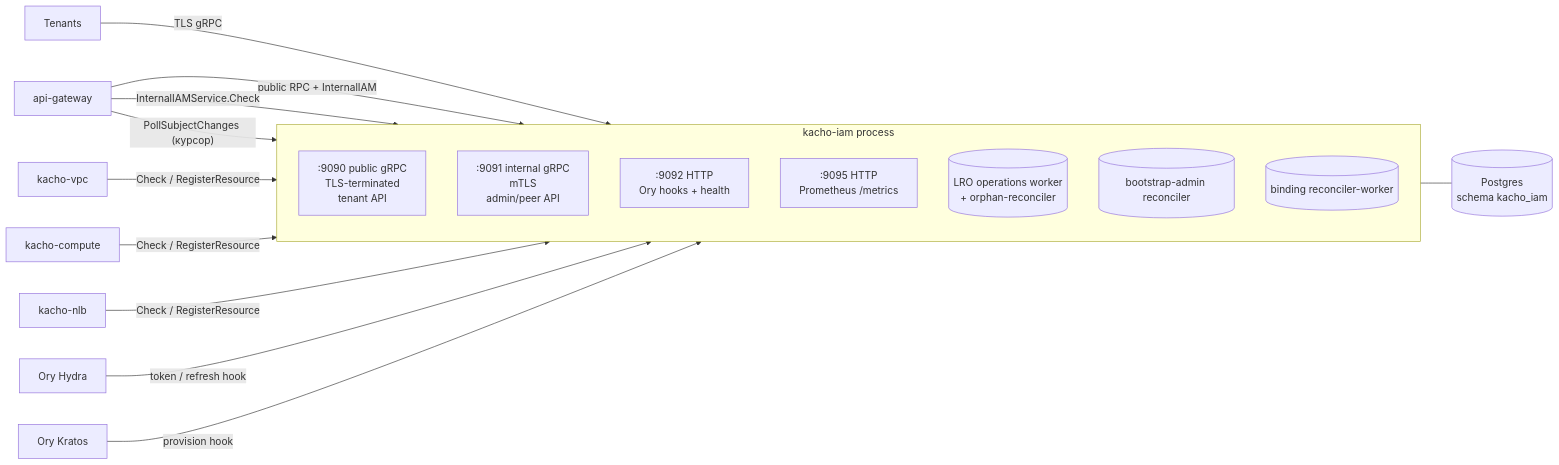
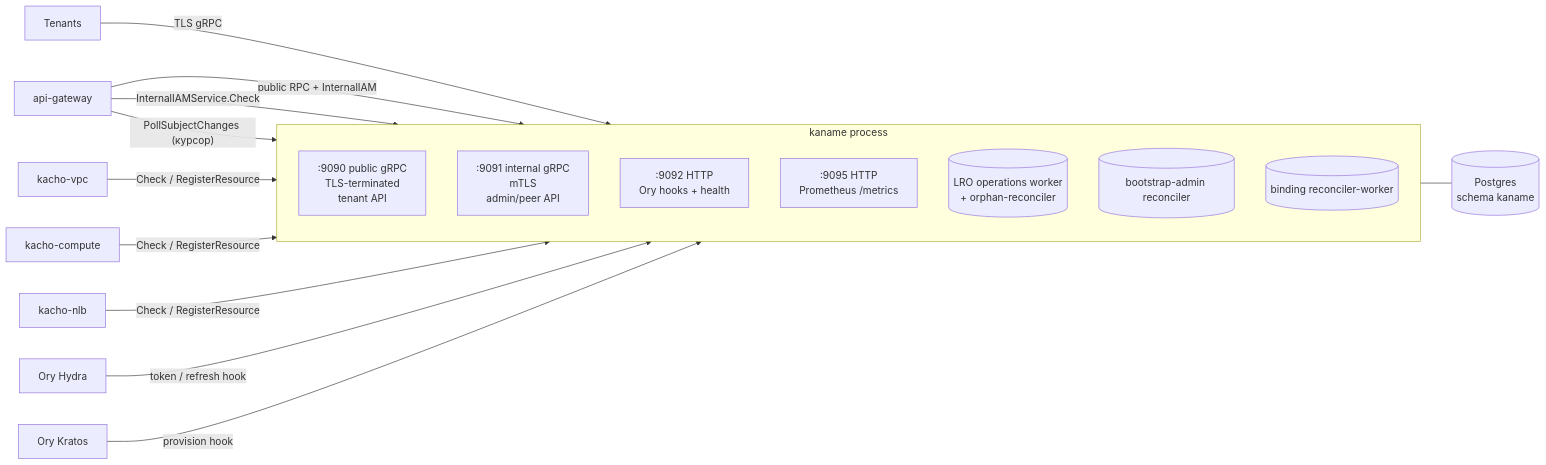
The first of 3 diagrams in services/iam/docs/engineering/components/00-overview.md (PRO-Robotech/kacho), drawn with Mermaid before and after one commit. The commit also changed other lines of this file and 5005 other files, not shown here.

````diff
--- a/services/iam/docs/engineering/components/00-overview.md
+++ b/services/iam/docs/engineering/components/00-overview.md
@@ -73,27 +73,27 @@
 ```mermaid
 flowchart LR
-    subgraph iam[kacho-iam process]
+    subgraph iam[kaname process]
         direction TB
         gRPCpub[":9090 public gRPC<br/>TLS-terminated<br/>tenant API"]
         gRPCint[":9091 internal gRPC<br/>mTLS<br/>admin/peer API"]
         hooks[":9092 HTTP<br/>Ory hooks + health"]
         metrics[":9095 HTTP<br/>Prometheus /metrics"]
 
         lro[(LRO operations worker<br/>+ orphan-reconciler)]
         bootDr[(bootstrap-admin reconciler)]
         rsab[(binding reconciler-worker)]
     end
 
     Tenants -- TLS gRPC --> gRPCpub
     APIGW[api-gateway] -- public RPC + InternalIAM --> gRPCpub
     APIGW -- InternalIAMService.Check --> gRPCint
     APIGW -- PollSubjectChanges (курсор) --> gRPCint
     VPC[kacho-vpc] -- Check / RegisterResource --> gRPCint
     Compute[kacho-compute] -- Check / RegisterResource --> gRPCint
     NLB[kacho-nlb] -- Check / RegisterResource --> gRPCint
 
     Hydra[Ory Hydra] -- token / refresh hook --> hooks
     Kratos[Ory Kratos] -- provision hook --> hooks
 
-    iam --- Postgres[("Postgres<br/>schema kacho_iam")]
+    iam --- Postgres[("Postgres<br/>schema kaname")]
 ```
````
